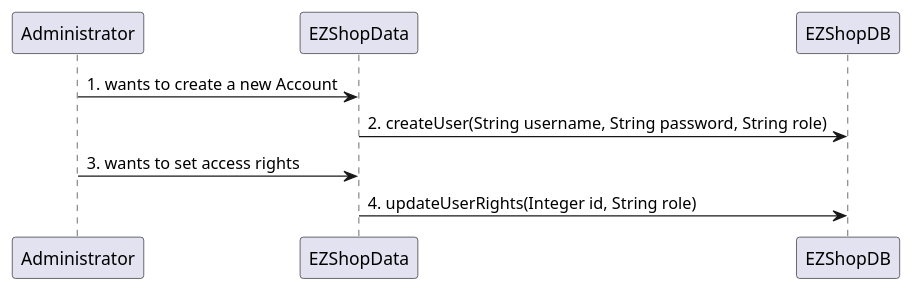
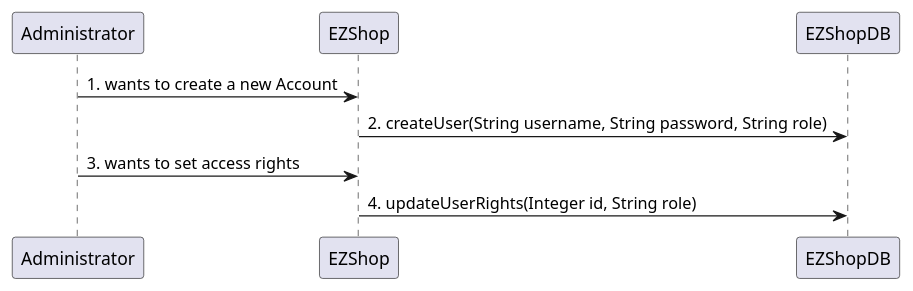
Before and after one commit to djemar/softeng_ezshop: the sixth of 31 diagrams in Deliverables/DesignDocument.md, drawn with PlantUML. The commit also changed other lines of this file, not shown here.

````diff
--- a/Deliverables/DesignDocument.md
+++ b/Deliverables/DesignDocument.md
@@ -304,6 +316,6 @@
 ```plantuml
-"Administrator" -> "EZShopData": 1. wants to create a new Account
-"EZShopData" -> "EZShopDB": 2. createUser(String username, String password, String role)
-"Administrator" -> "EZShopData": 3. wants to set access rights
-"EZShopData" -> "EZShopDB": 4. updateUserRights(Integer id, String role)
+"Administrator" -> "EZShop": 1. wants to create a new Account
+"EZShop" -> "EZShopDB": 2. createUser(String username, String password, String role)
+"Administrator" -> "EZShop": 3. wants to set access rights
+"EZShop" -> "EZShopDB": 4. updateUserRights(Integer id, String role)
 ```
````
